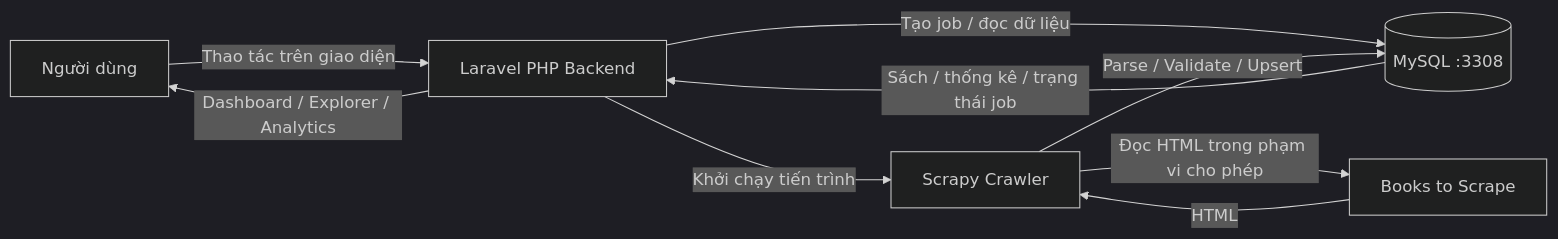
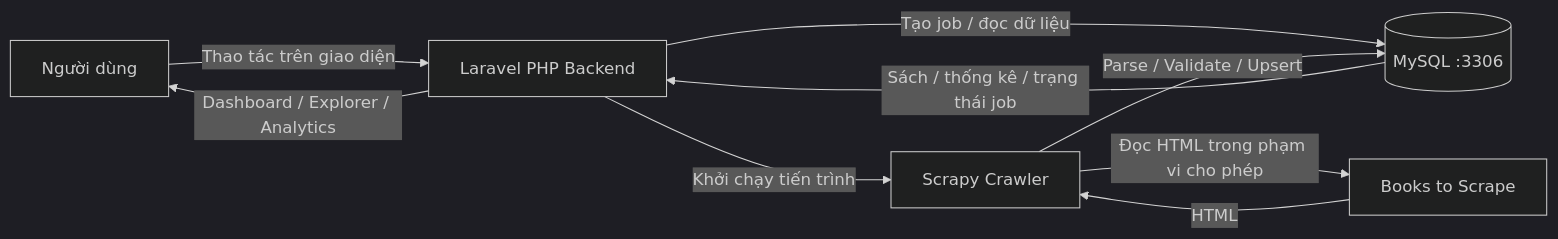
The diagram in README.md (huytothevoz/LTW_ThucHanh), drawn with Mermaid (dark theme) before and after one commit. The commit also changed other lines of this file and 8 other files, not shown here.

````diff
--- a/README.md
+++ b/README.md
@@ -72,11 +72,11 @@
 ```mermaid
 flowchart LR
     A[Người dùng] -->|Thao tác trên giao diện| B[Laravel PHP Backend]
-    B -->|Tạo job / đọc dữ liệu| C[(MySQL :3308)]
+    B -->|Tạo job / đọc dữ liệu| C[(MySQL :3306)]
     B -->|Khởi chạy tiến trình| D[Scrapy Crawler]
     D -->|Đọc HTML trong phạm vi cho phép| E[Books to Scrape]
     E -->|HTML| D
     D -->|Parse / Validate / Upsert| C
     C -->|Sách / thống kê / trạng thái job| B
     B -->|Dashboard / Explorer / Analytics| A
 ```
````
